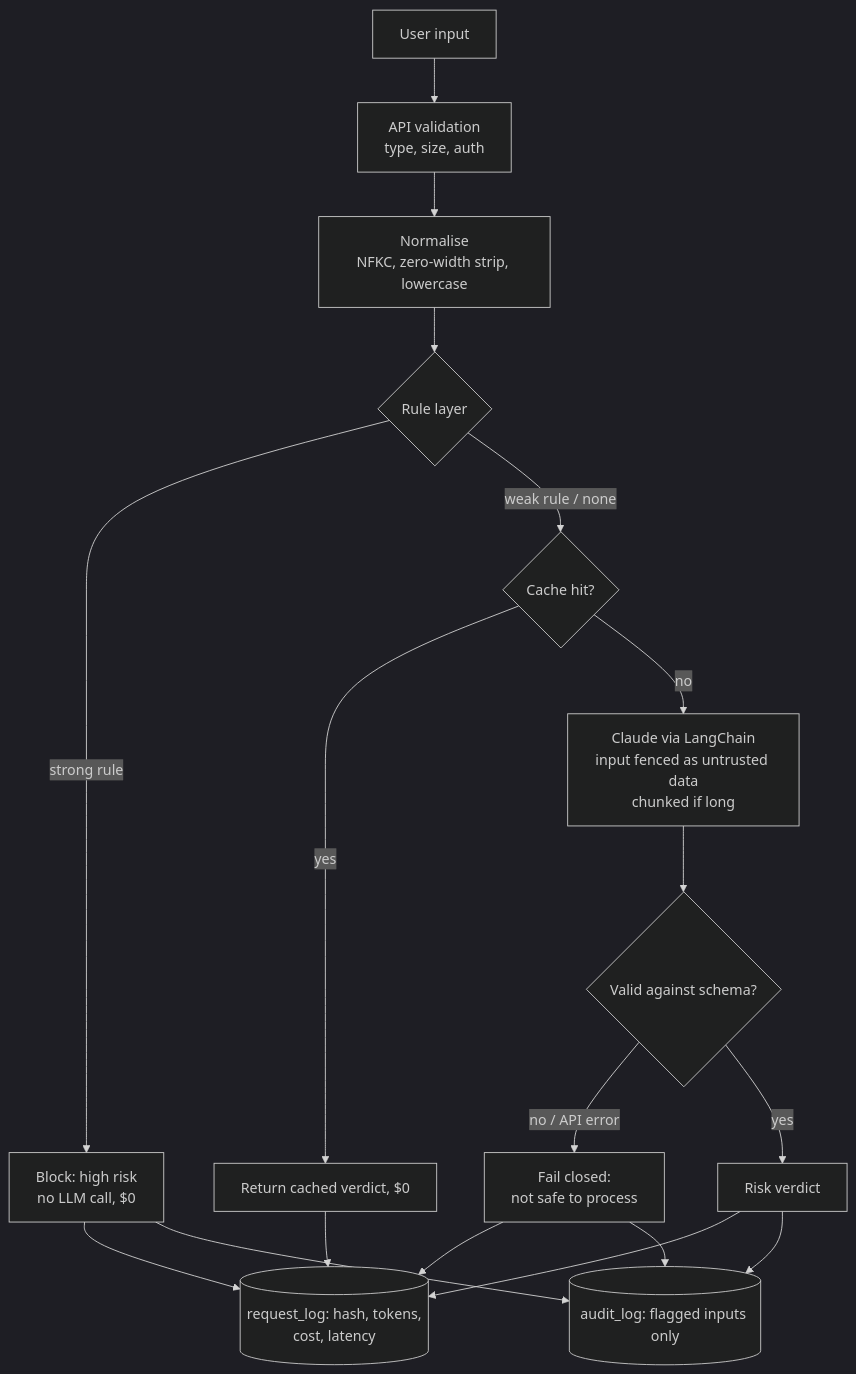
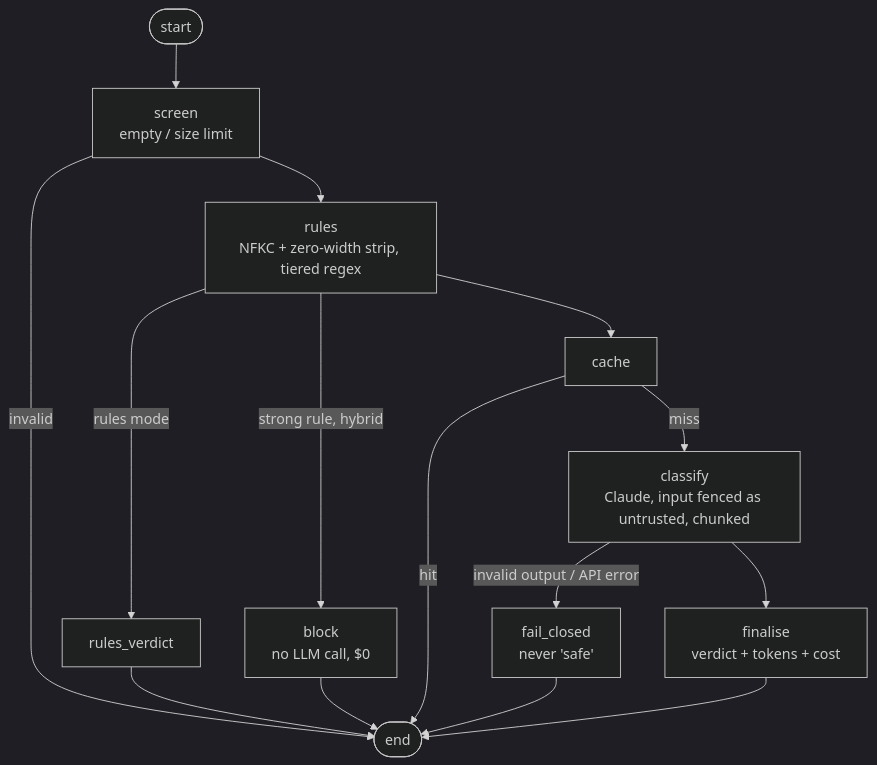
The second of 2 diagrams in README.md (Sathvika2711/AI-Security-Detector), drawn with Mermaid (dark theme) before and after one commit. The commit also changed other lines of this file and 49 other files, not shown here.

````diff
--- a/README.md
+++ b/README.md
@@ -25,15 +37,13 @@
 ```mermaid
 flowchart TD
-    A[User input] --> V[API validation<br/>type, size, auth]
-    V --> N[Normalise<br/>NFKC, zero-width strip, lowercase]
-    N --> R{Rule layer}
-    R -- strong rule --> B[Block: high risk<br/>no LLM call, $0]
-    R -- weak rule / none --> C{Cache hit?}
-    C -- yes --> H[Return cached verdict, $0]
-    C -- no --> L[Claude via LangChain<br/>input fenced as untrusted data<br/>chunked if long]
-    L --> S{Valid against schema?}
-    S -- no / API error --> F[Fail closed:<br/>not safe to process]
-    S -- yes --> O[Risk verdict]
-    B & H & O & F --> M[(request_log: hash, tokens,<br/>cost, latency)]
-    B & O & F --> AU[(audit_log: flagged inputs only)]
+    S([start]) --> SC[screen<br/>empty / size limit]
+    SC -->|invalid| E([end])
+    SC --> R[rules<br/>NFKC + zero-width strip, tiered regex]
+    R -->|rules mode| RV[rules_verdict] --> E
+    R -->|strong rule, hybrid| B[block<br/>no LLM call, $0] --> E
+    R --> C[cache]
+    C -->|hit| E
+    C -->|miss| CL[classify<br/>Claude, input fenced as untrusted, chunked]
+    CL -->|invalid output / API error| F[fail_closed<br/>never 'safe'] --> E
+    CL --> FI[finalise<br/>verdict + tokens + cost] --> E
 ```
````
